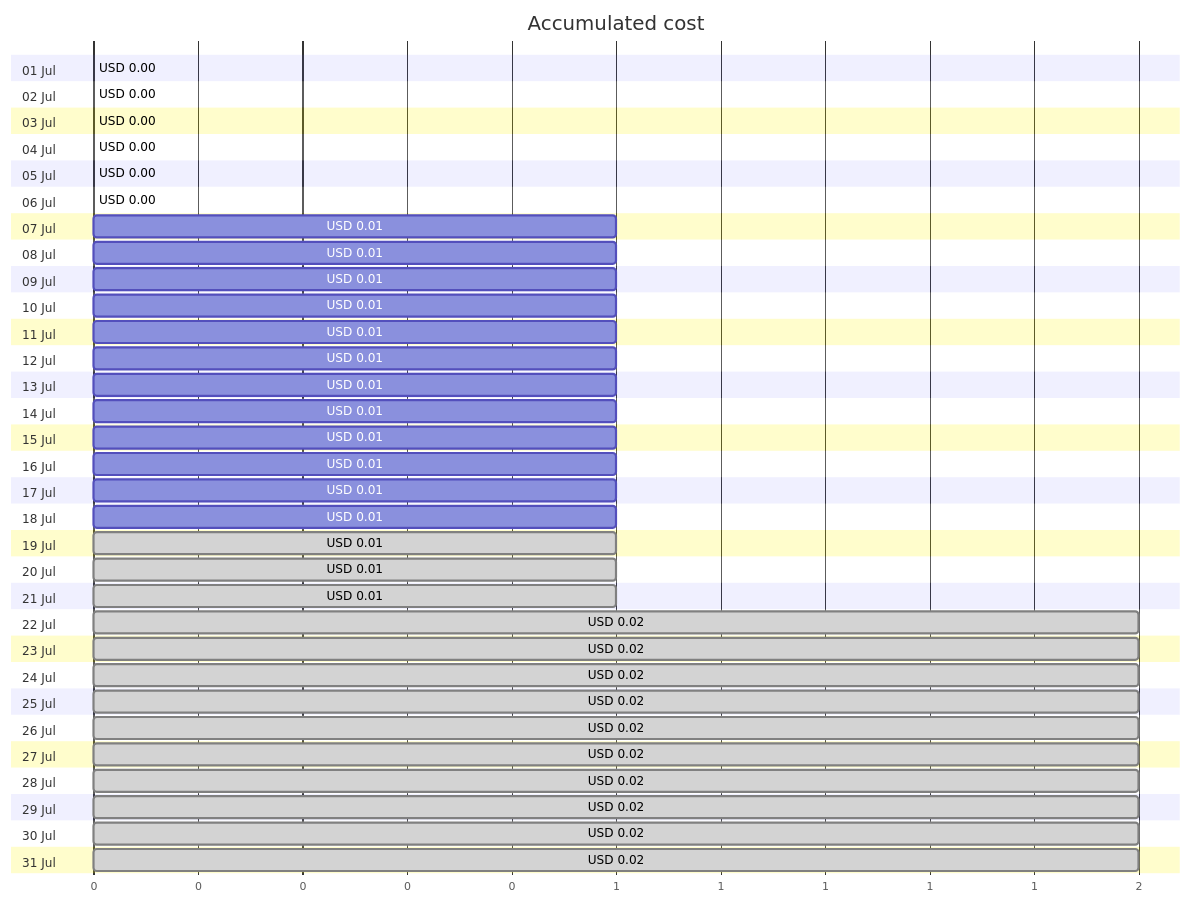
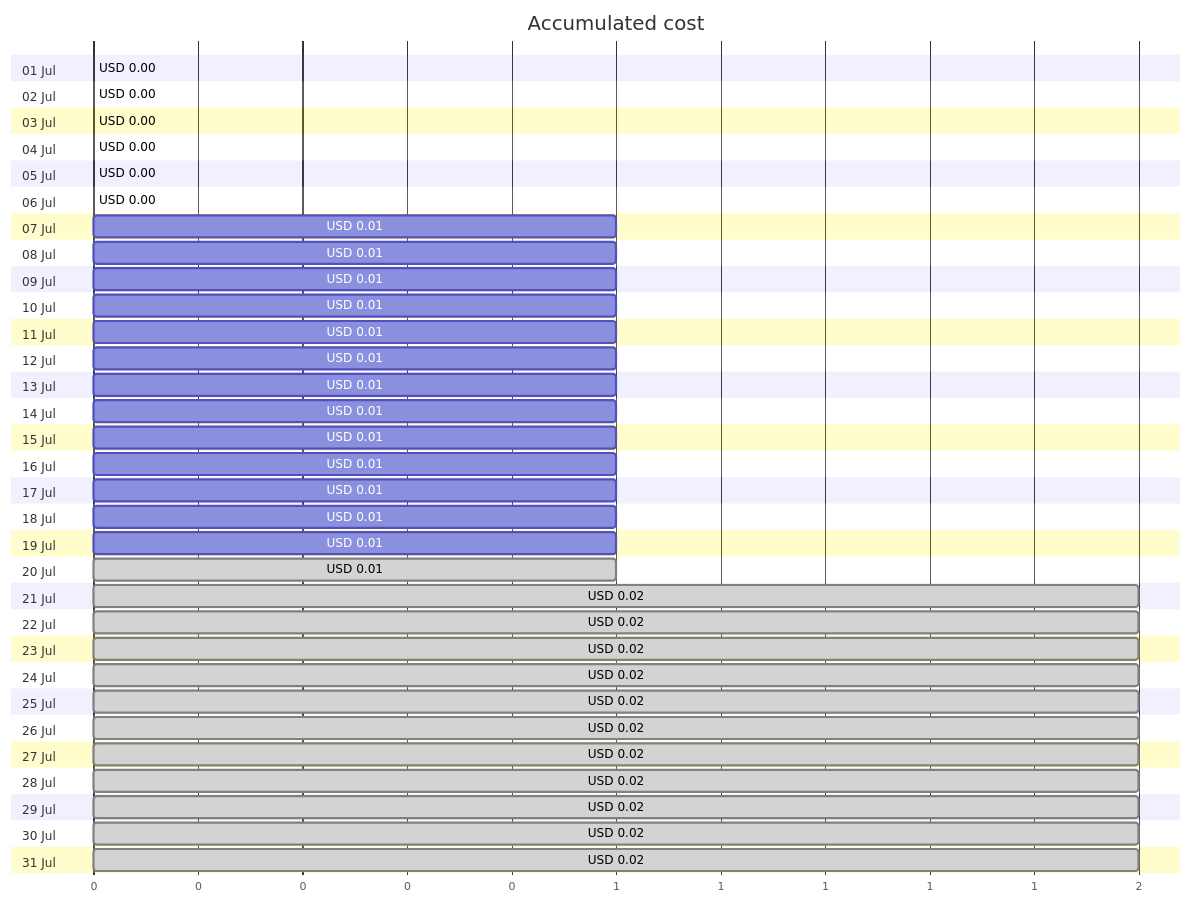
The first of 4 diagrams in cost-reports/personal-site/personalsiteapistorage.md (jpfulton/azure-personal-reports), drawn with Mermaid before and after one commit. The commit also changed other lines of this file and 6 other files, not shown here.

````diff
--- a/cost-reports/personal-site/personalsiteapistorage.md
+++ b/cost-reports/personal-site/personalsiteapistorage.md
@@ -20,68 +20,68 @@
 ```mermaid
 gantt
    title Accumulated cost
    dateFormat  X
    axisFormat %s
    section 01 Jul
    USD 0.00 :0, 0
    section 02 Jul
    USD 0.00 :0, 0
    section 03 Jul
    USD 0.00 :0, 0
    section 04 Jul
    USD 0.00 :0, 0
    section 05 Jul
    USD 0.00 :0, 0
    section 06 Jul
    USD 0.00 :0, 0
    section 07 Jul
    USD 0.01 :0, 1
    section 08 Jul
    USD 0.01 :0, 1
    section 09 Jul
    USD 0.01 :0, 1
    section 10 Jul
    USD 0.01 :0, 1
    section 11 Jul
    USD 0.01 :0, 1
    section 12 Jul
    USD 0.01 :0, 1
    section 13 Jul
    USD 0.01 :0, 1
    section 14 Jul
    USD 0.01 :0, 1
    section 15 Jul
    USD 0.01 :0, 1
    section 16 Jul
    USD 0.01 :0, 1
    section 17 Jul
    USD 0.01 :0, 1
    section 18 Jul
    USD 0.01 :0, 1
    section 19 Jul
-   USD 0.01 : done, 0, 1
+   USD 0.01 :0, 1
    section 20 Jul
    USD 0.01 : done, 0, 1
    section 21 Jul
-   USD 0.01 : done, 0, 1
+   USD 0.02 : done, 0, 2
    section 22 Jul
    USD 0.02 : done, 0, 2
    section 23 Jul
    USD 0.02 : done, 0, 2
    section 24 Jul
    USD 0.02 : done, 0, 2
    section 25 Jul
    USD 0.02 : done, 0, 2
    section 26 Jul
    USD 0.02 : done, 0, 2
    section 27 Jul
    USD 0.02 : done, 0, 2
    section 28 Jul
    USD 0.02 : done, 0, 2
    section 29 Jul
    USD 0.02 : done, 0, 2
    section 30 Jul
    USD 0.02 : done, 0, 2
    section 31 Jul
    USD 0.02 : done, 0, 2
 ```
````
